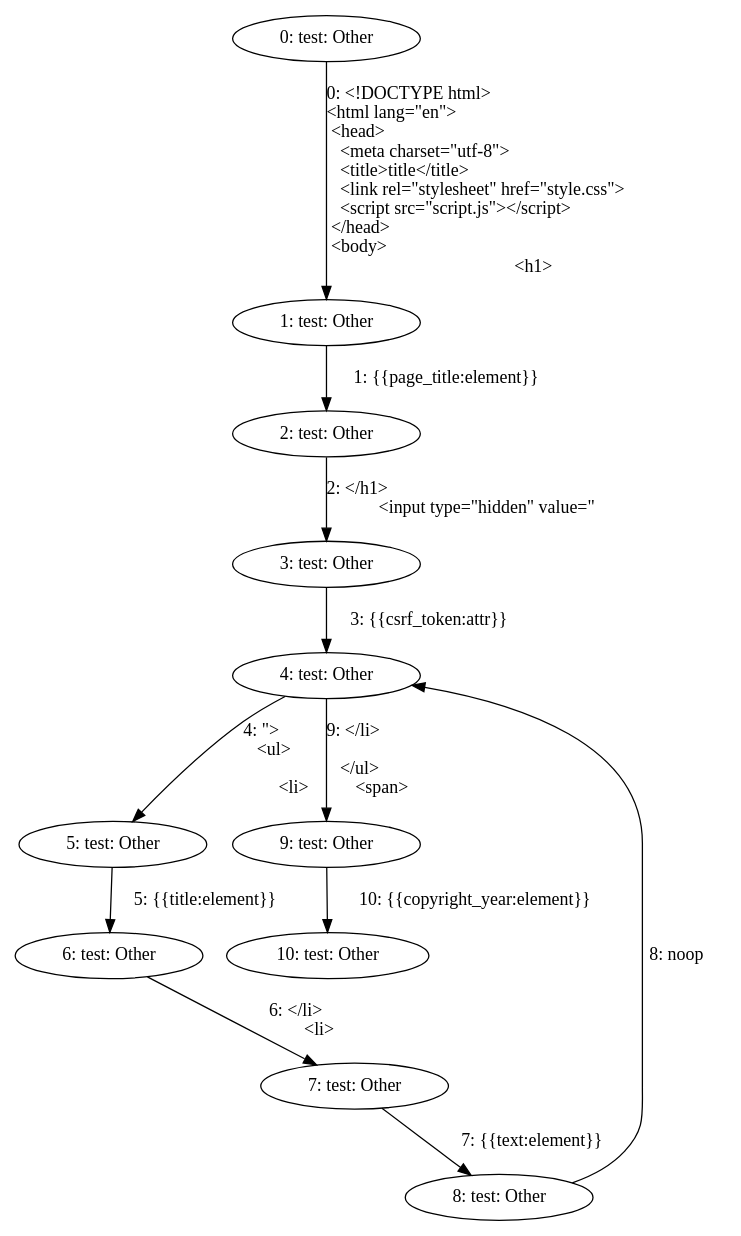
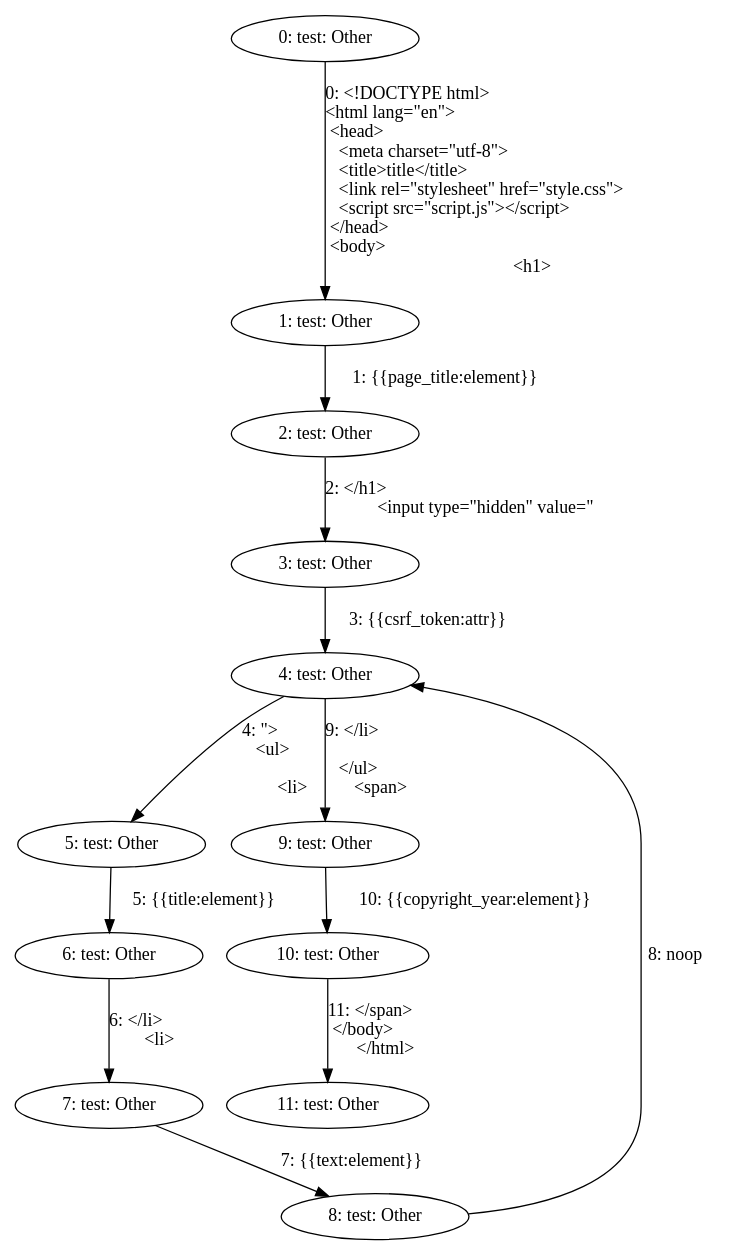
Before and after one commit to mohe2015/zero-cost-templating: the diagram in zero-cost-templating/test.dot, drawn with Graphviz. The commit also changed 5 other files, not shown here.

```diff
--- a/zero-cost-templating/test.dot
+++ b/zero-cost-templating/test.dot
@@ -1,24 +1,26 @@
 digraph {
     0 [ label = "0: test: Other" ]
     1 [ label = "1: test: Other" ]
     2 [ label = "2: test: Other" ]
     3 [ label = "3: test: Other" ]
     4 [ label = "4: test: Other" ]
     5 [ label = "5: test: Other" ]
     6 [ label = "6: test: Other" ]
     7 [ label = "7: test: Other" ]
     8 [ label = "8: test: Other" ]
     9 [ label = "9: test: Other" ]
     10 [ label = "10: test: Other" ]
+    11 [ label = "11: test: Other" ]
     0 -> 1 [ label = "0: <!DOCTYPE html>\l<html lang=\"en\">\l  <head>\l    <meta charset=\"utf-8\">\l    <title>title</title>\l    <link rel=\"stylesheet\" href=\"style.css\">\l    <script src=\"script.js\"></script>\l  </head>\l  <body>\l    <h1>" ]
     1 -> 2 [ label = "1: {{page_title:element}}" ]
     2 -> 3 [ label = "2: </h1>\l    <input type=\"hidden\" value=\"" ]
     3 -> 4 [ label = "3: {{csrf_token:attr}}" ]
     4 -> 5 [ label = "4: \">\l    <ul>\l    \l      <li>" ]
     5 -> 6 [ label = "5: {{title:element}}" ]
     6 -> 7 [ label = "6: </li>\l      <li>" ]
     7 -> 8 [ label = "7: {{text:element}}" ]
     8 -> 4 [ label = "8: noop" ]
     4 -> 9 [ label = "9: </li>\l    \l    </ul>\l    <span>" ]
     9 -> 10 [ label = "10: {{copyright_year:element}}" ]
+    10 -> 11 [ label = "11: </span>\l  </body>\l</html>" ]
 }
```
